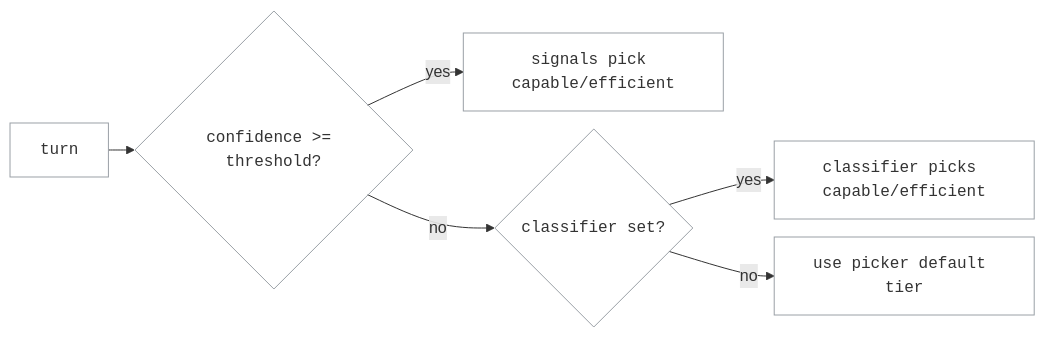
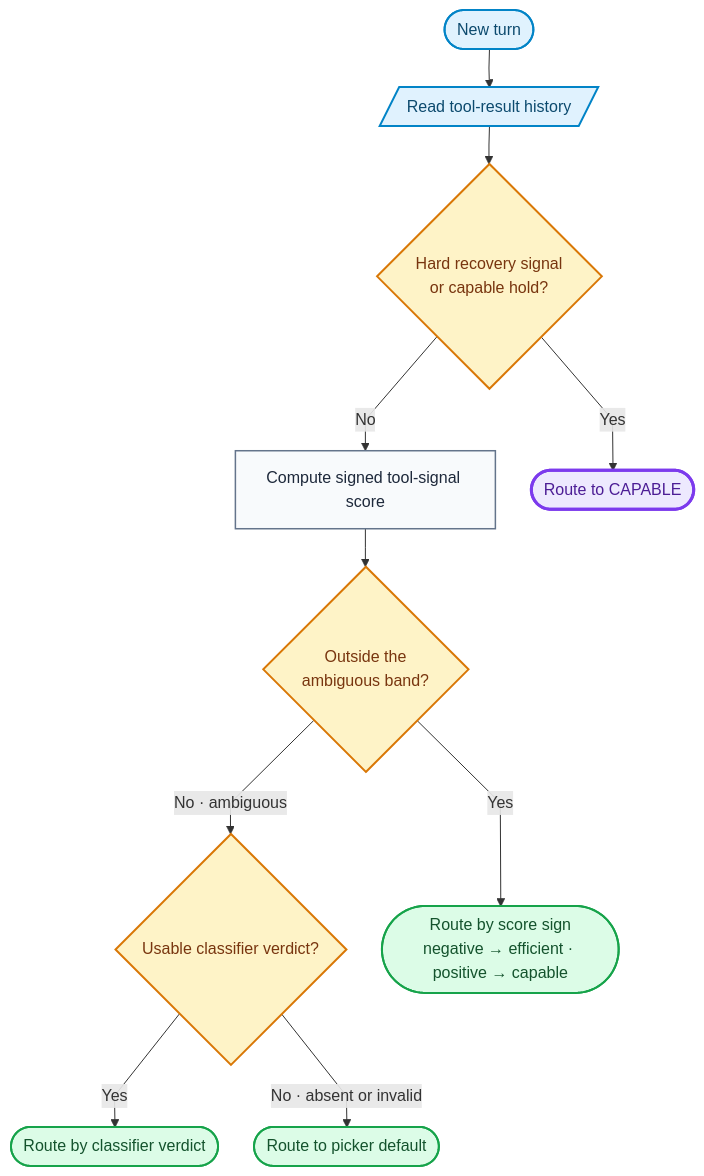
Before and after one commit to 7konigsberg/Switchyard: the diagram in docs/routing_algorithms/stage_router_routing.md, drawn with Mermaid. The commit also changed other lines of this file and 1 other file, not shown here.

````diff
--- a/docs/routing_algorithms/stage_router_routing.md
+++ b/docs/routing_algorithms/stage_router_routing.md
@@ -50,12 +46,36 @@
 ```mermaid
-%%{init: {"flowchart": {"nodeSpacing": 18, "rankSpacing": 26}}}%%
-flowchart LR
-    t["turn"] --> g{"confidence >= threshold?"}
-    g -->|yes| s["signals pick capable/efficient"]
-    g -->|no| c{"classifier set?"}
-    c -->|yes| k["classifier picks capable/efficient"]
-    c -->|no| d["use picker default tier"]
+%%{init: {"flowchart": {"curve": "linear", "nodeSpacing": 36, "rankSpacing": 38}}}%%
+flowchart TB
+    start(["New turn"])
+    history[/"Read tool-result history"/]
+    recovery{"Hard recovery signal<br/>or capable hold?"}
+    scorer["Compute signed tool-signal score"]
+    band{"Outside the<br/>ambiguous band?"}
+    classifier{"Usable classifier verdict?"}
+    capable(["Route to CAPABLE"])
+    signalRoute(["Route by score sign<br/>negative → efficient · positive → capable"])
+    classifierRoute(["Route by classifier verdict"])
+    defaultRoute(["Route to picker default"])
 
-    classDef box font-family:monospace,fill:none,stroke:#9aa0a6,stroke-width:1px;
-    class t,s,k,d,g,c box;
+    start --> history
+    history --> recovery
+    recovery -->|Yes| capable
+    recovery -->|No| scorer
+    scorer --> band
+    band -->|Yes| signalRoute
+    band -->|No · ambiguous| classifier
+    classifier -->|Yes| classifierRoute
+    classifier -->|No · absent or invalid| defaultRoute
+
+    classDef input fill:#e0f2fe,stroke:#0284c7,color:#0c4a6e,stroke-width:2px;
+    classDef process fill:#f8fafc,stroke:#64748b,color:#1e293b,stroke-width:1.5px;
+    classDef decision fill:#fef3c7,stroke:#d97706,color:#78350f,stroke-width:2px;
+    classDef capable fill:#ede9fe,stroke:#7c3aed,color:#4c1d95,stroke-width:3px;
+    classDef outcome fill:#dcfce7,stroke:#16a34a,color:#14532d,stroke-width:2px;
+
+    class start,history input;
+    class scorer process;
+    class recovery,band,classifier decision;
+    class capable capable;
+    class signalRoute,classifierRoute,defaultRoute outcome;
 ```
````
